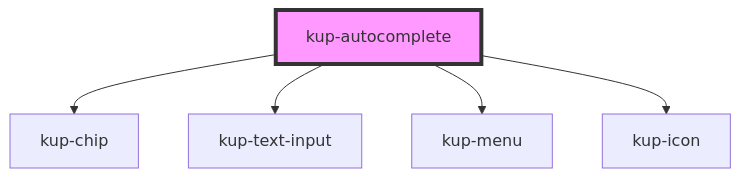
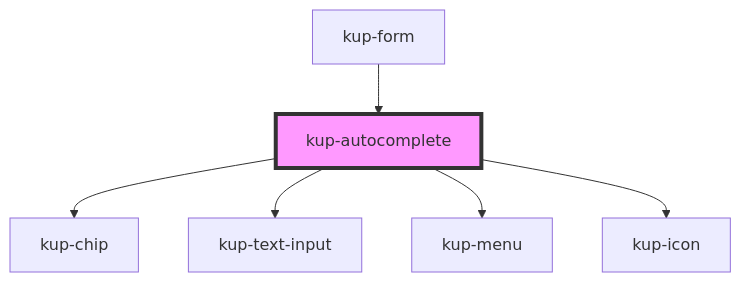
One commit to smeup/ketchup changed the diagram in packages/ketchup/src/components/kup-autocomplete/readme.md. Above: the diagram before and after it, drawn with Mermaid. The commit also changed other lines of this file and 10 other files, not shown here.

Commit message:
kup form: autocomplete

````diff
--- a/packages/ketchup/src/components/kup-autocomplete/readme.md
+++ b/packages/ketchup/src/components/kup-autocomplete/readme.md
@@ -59,8 +66,9 @@
 ```mermaid
 graph TD;
   kup-autocomplete --> kup-chip
   kup-autocomplete --> kup-text-input
   kup-autocomplete --> kup-menu
   kup-autocomplete --> kup-icon
+  kup-form --> kup-autocomplete
   style kup-autocomplete fill:#f9f,stroke:#333,stroke-width:4px
 ```
````
